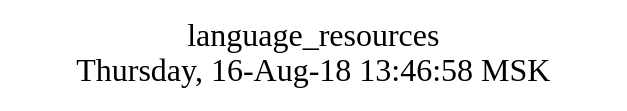
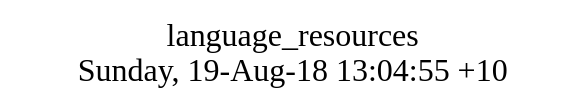
One commit to AplaProject/apps changed the diagram in src/language_resources/struct.dot. Above: the diagram before and after it, drawn with Graphviz. The commit also changed 14 other files, not shown here.

```diff
--- a/src/language_resources/struct.dot
+++ b/src/language_resources/struct.dot
@@ -1,10 +1,8 @@
 digraph G {
-graph [
-  fontsize="24";
-  label="language_resources\nThursday, 16-Aug-18 13:46:58 MSK";
-  nojustify=true;
-  ordering=out;
-  rankdir=LR;
-  size="30";
-];
+fontsize="24";
+label="language_resources\nSunday, 19-Aug-18 13:04:55 +10";
+nojustify=true;
+ordering=out;
+rankdir=LR;
+size="30";
 }
```
